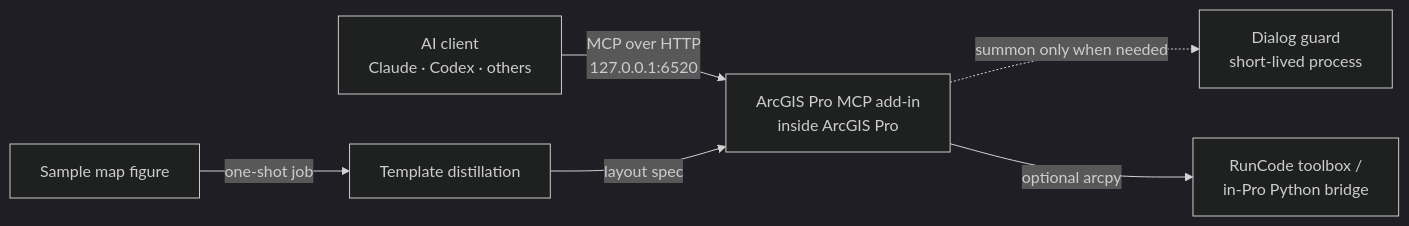
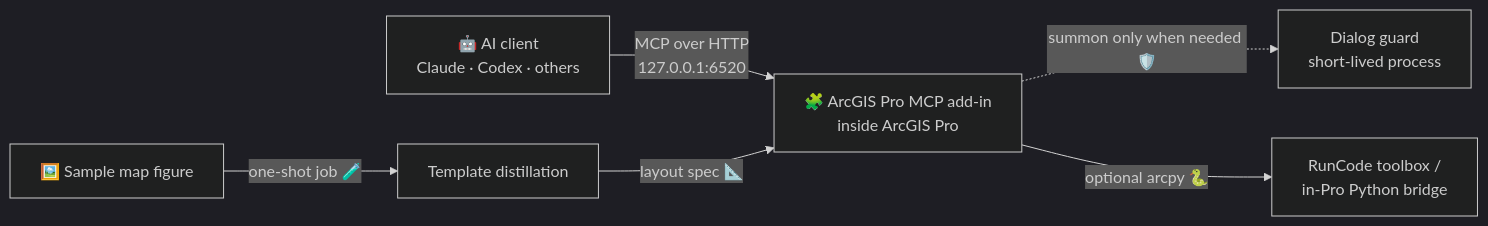
One commit to XNYGggg/arcgis-pro-mcp-optimized changed the diagram in README.md. Above: the diagram before and after it, drawn with Mermaid (dark theme). The commit also changed other lines of this file and 2 other files, not shown here.

````diff
--- a/README.md
+++ b/README.md
@@ -31,8 +32,8 @@
 ```mermaid
 flowchart LR
-  AI[AI client<br/>Claude · Codex · others] -->|MCP over HTTP<br/>127.0.0.1:6520| M[ArcGIS Pro MCP add-in<br/>inside ArcGIS Pro]
-  M -.->|summon only when needed| G[Dialog guard<br/>short-lived process]
-  M -->|optional arcpy| R[RunCode toolbox /<br/>in-Pro Python bridge]
-  F[Sample map figure] -->|one-shot job| D[Template distillation]
-  D -->|layout spec| M
+  AI[🤖 AI client<br/>Claude · Codex · others] -->|MCP over HTTP<br/>127.0.0.1:6520| M[🧩 ArcGIS Pro MCP add-in<br/>inside ArcGIS Pro]
+  M -.->|summon only when needed 🛡️| G[Dialog guard<br/>short-lived process]
+  M -->|optional arcpy 🐍| R[RunCode toolbox /<br/>in-Pro Python bridge]
+  F[🖼️ Sample map figure] -->|one-shot job 🧪| D[Template distillation]
+  D -->|layout spec 📐| M
 ```
````
